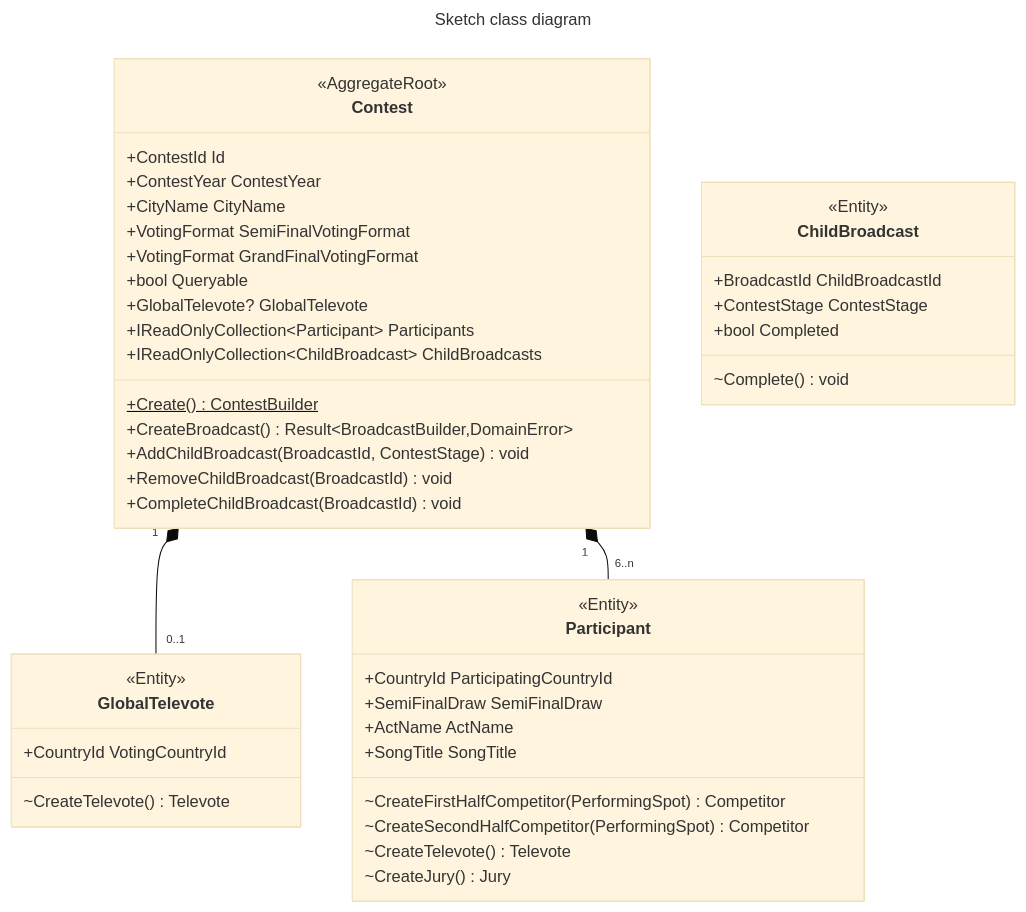
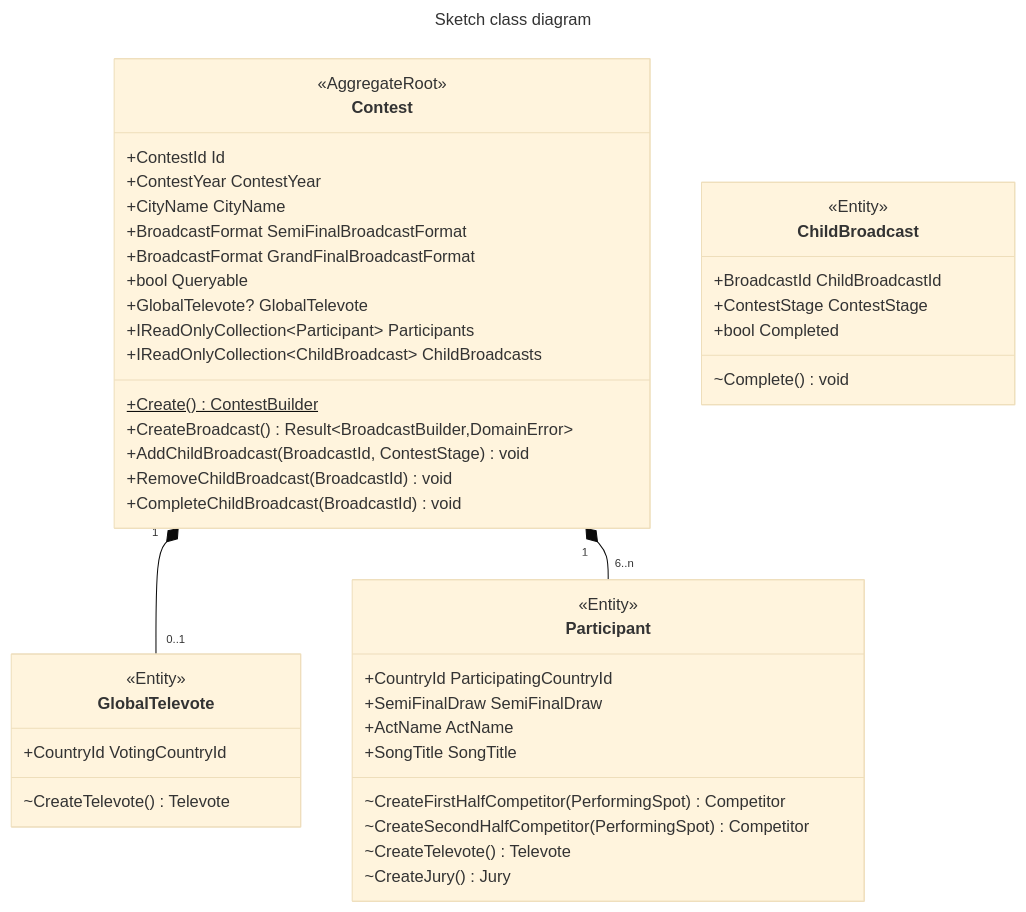
Before and after one commit to MattSortsThings/eurocentric: the second of 3 diagrams in docs/launch_spec/03_domain_model.md, drawn with Mermaid (base theme). The commit also changed other lines of this file and 10 other files, not shown here.

First line of the commit message:
docs: rename VotingFormat to BroadcastFormat

````diff
--- a/docs/launch_spec/03_domain_model.md
+++ b/docs/launch_spec/03_domain_model.md
@@ -231,53 +231,53 @@
 ```mermaid
 ---
 title: Sketch class diagram
 ---
 classDiagram
   class Contest {
     <<AggregateRoot>>
     +ContestId Id
     +ContestYear ContestYear
     +CityName CityName
-    +VotingFormat SemiFinalVotingFormat
-    +VotingFormat GrandFinalVotingFormat
+    +BroadcastFormat SemiFinalBroadcastFormat
+    +BroadcastFormat GrandFinalBroadcastFormat
     +bool Queryable
     +GlobalTelevote? GlobalTelevote
     +IReadOnlyCollection~Participant~ Participants
     +IReadOnlyCollection~ChildBroadcast~ ChildBroadcasts
 
     +Create() ContestBuilder$
     +CreateBroadcast() Result~BroadcastBuilder,DomainError~
     +AddChildBroadcast(BroadcastId, ContestStage) void
     +RemoveChildBroadcast(BroadcastId) void
     +CompleteChildBroadcast(BroadcastId) void
   }
 
   class ChildBroadcast {
     <<Entity>>
     +BroadcastId ChildBroadcastId
     +ContestStage ContestStage
     +bool Completed
     ~Complete() void
   }
 
   class GlobalTelevote {
     <<Entity>>
     +CountryId VotingCountryId
     ~CreateTelevote() Televote
   }
 
   class Participant {
     <<Entity>>
     +CountryId ParticipatingCountryId
     +SemiFinalDraw SemiFinalDraw
     +ActName ActName
     +SongTitle SongTitle
     ~CreateFirstHalfCompetitor(PerformingSpot) Competitor
     ~CreateSecondHalfCompetitor(PerformingSpot) Competitor
     ~CreateTelevote() Televote
     ~CreateJury() Jury
   }
 
   Contest "1" *-- "0..1" GlobalTelevote
   Contest "1" *-- "6..n" Participant
 ```
````
